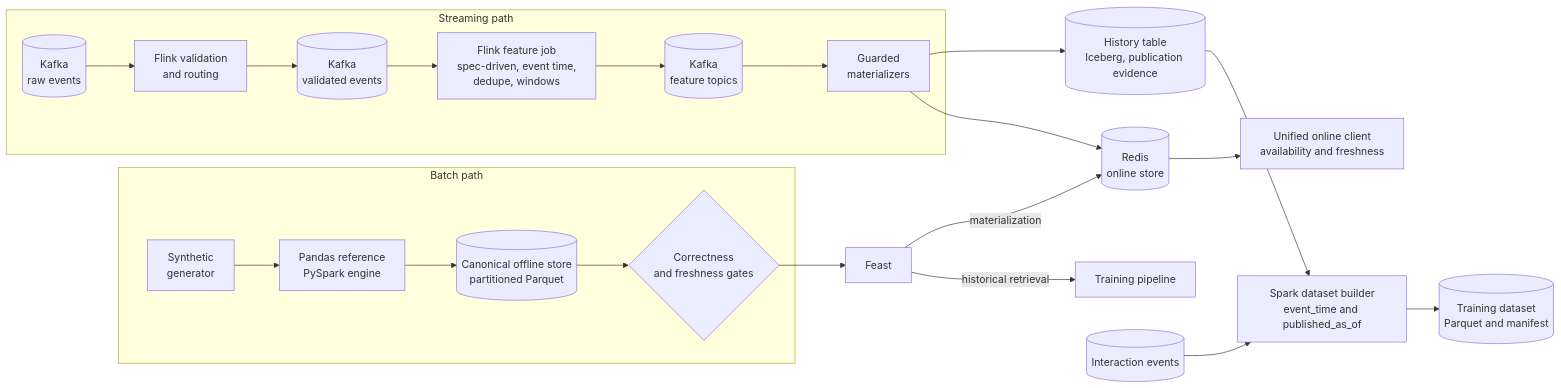
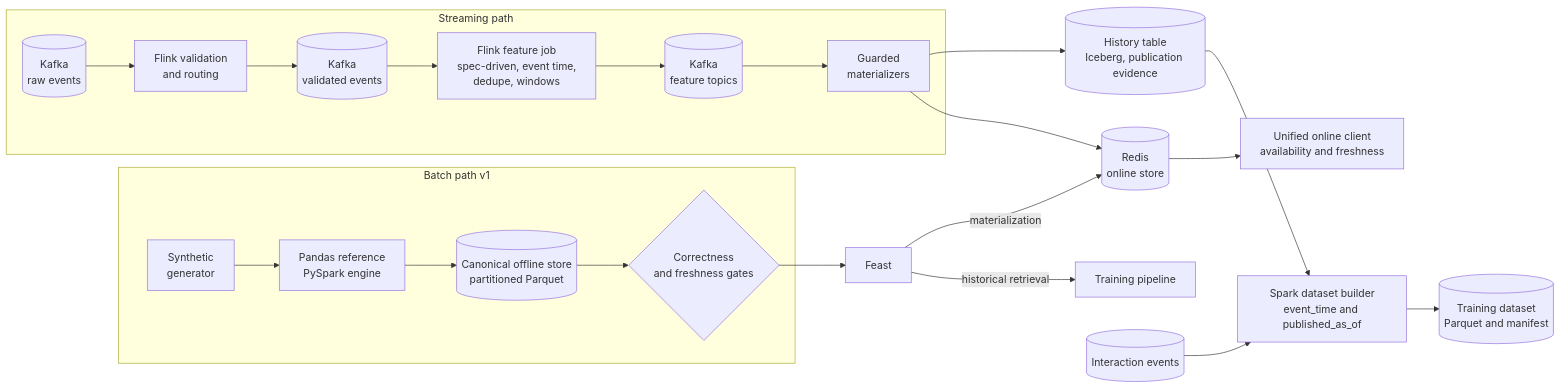
Before and after one commit to oster-dev/featureforge: the first of 9 diagrams in ARCHITECTURE.md, drawn with Mermaid. The commit also changed other lines of this file and 1 other file, not shown here.

Commit message:
docs: name the spec-driven path as the platform and Feast as batch path v1 (#84)

````diff
--- a/ARCHITECTURE.md
+++ b/ARCHITECTURE.md
@@ -12,26 +18,26 @@
 ```mermaid
 flowchart LR
-    subgraph Batch["Batch path"]
+    subgraph Batch["Batch path v1"]
         GEN[Synthetic<br/>generator] --> REF[Pandas reference<br/>PySpark engine]
         REF --> OFF[(Canonical offline store<br/>partitioned Parquet)]
         OFF --> GATE{Correctness<br/>and freshness gates}
     end
 
     subgraph Stream["Streaming path"]
         K0[(Kafka<br/>raw events)] --> VAL[Flink validation<br/>and routing]
         VAL --> K1[(Kafka<br/>validated events)]
         K1 --> FJ[Flink feature job<br/>spec-driven, event time,<br/>dedupe, windows]
         FJ --> K2[(Kafka<br/>feature topics)]
         K2 --> MAT[Guarded<br/>materializers]
     end
 
     GATE --> FEAST[Feast]
     FEAST -->|historical retrieval| TRAIN[Training pipeline]
     FEAST -->|materialization| REDIS[(Redis<br/>online store)]
     MAT --> REDIS
     MAT --> HIST[(History table<br/>Iceberg, publication evidence)]
     EV[(Interaction events)] --> DS[Spark dataset builder<br/>event_time and published_as_of]
     HIST --> DS
     DS --> DSOUT[(Training dataset<br/>Parquet and manifest)]
     REDIS --> CLIENT[Unified online client<br/>availability and freshness]
 ```
````
